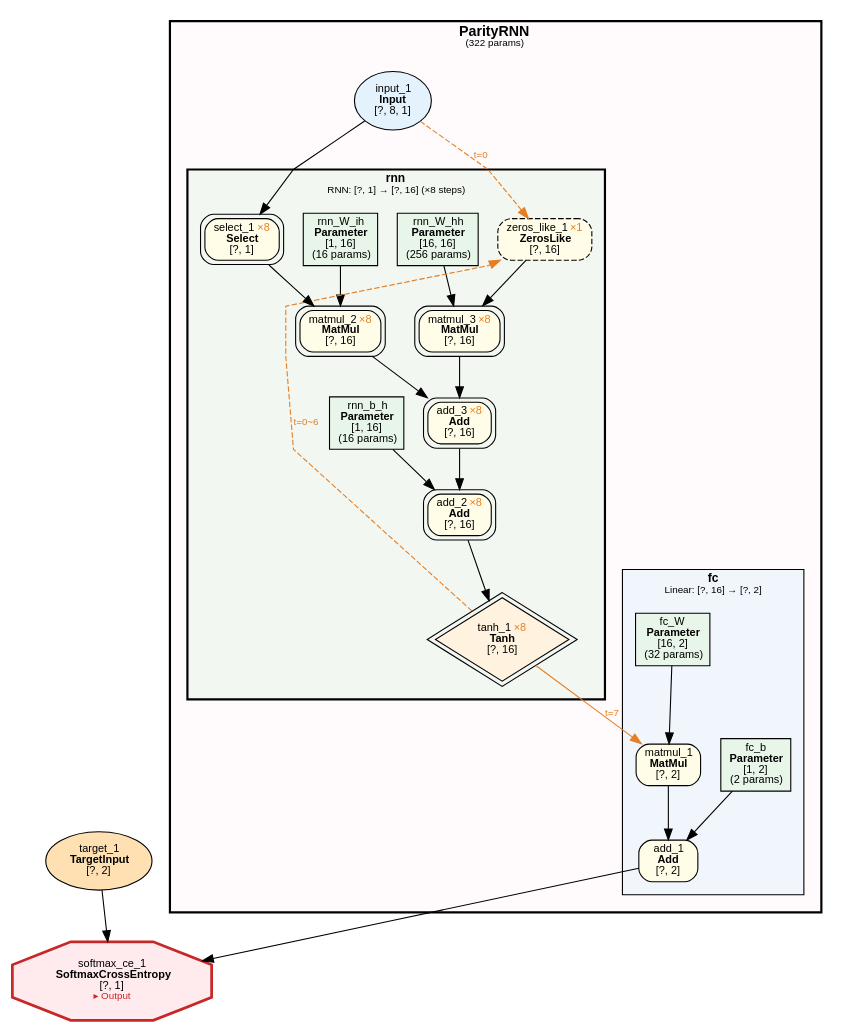
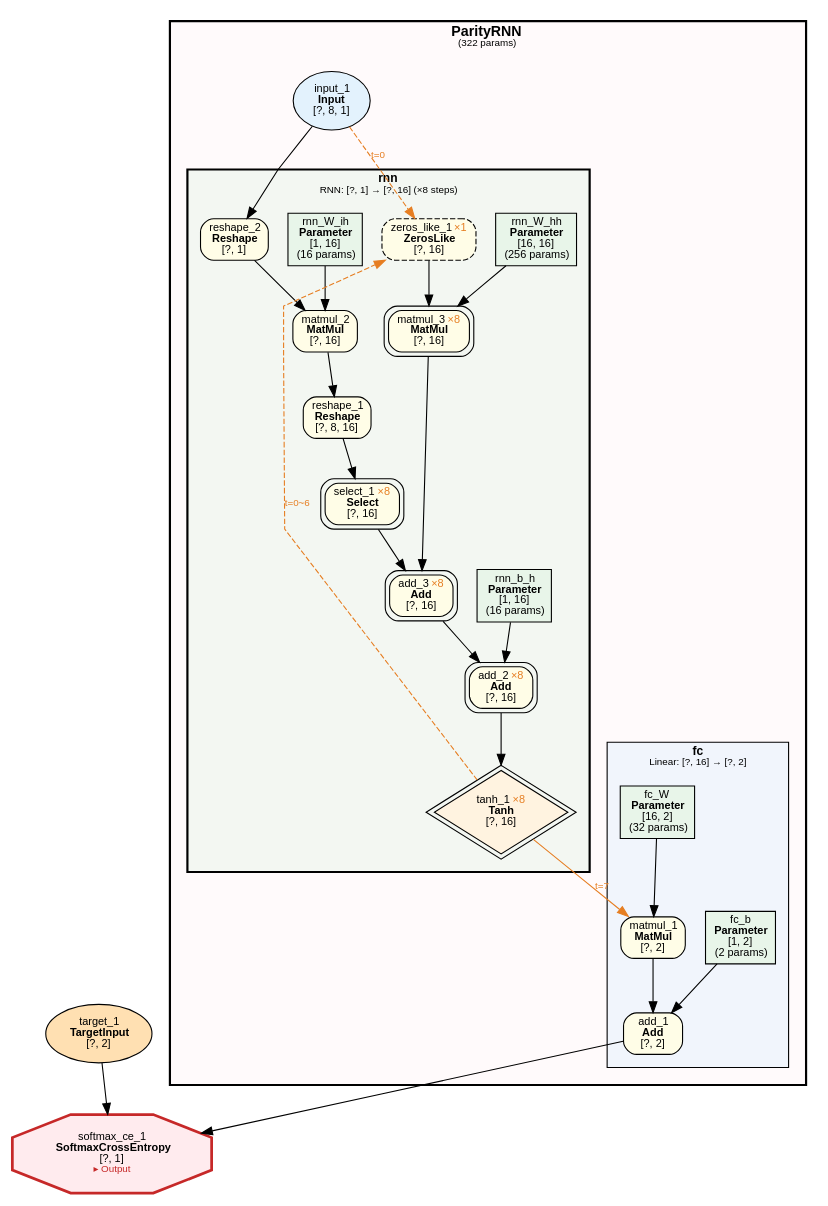
One commit to dbsxdbsx/only_torch changed the diagram in examples/traditional/parity_rnn_fixed_len/parity_rnn_fixed_len.dot. Above: the diagram before and after it, drawn with Graphviz. The commit also changed 8 other files, not shown here.

```diff
--- a/examples/traditional/parity_rnn_fixed_len/parity_rnn_fixed_len.dot
+++ b/examples/traditional/parity_rnn_fixed_len/parity_rnn_fixed_len.dot
@@ -1,74 +1,78 @@
 digraph ComputeGraph {
     rankdir=TB;
     newrank=true;
     splines=polyline;
     node [fontname="Microsoft YaHei,SimHei,Arial"];
     edge [fontname="Microsoft YaHei,SimHei,Arial"];
 
     subgraph cluster_model_ParityRNN {
         label=<<B>ParityRNN</B><BR/><FONT POINT-SIZE="9">(322 params)</FONT>>;
         style="filled,bold";
         fillcolor="#FFEBEE40";
         fontname="Microsoft YaHei,SimHei,Arial";
         fontsize=13;
         margin=16;
 
         subgraph cluster_ParityRNN_fc {
             label=<<B>fc</B><BR/><FONT POINT-SIZE="9">Linear: [?, 16] → [?, 2]</FONT>>;
             style=filled;
             fillcolor="#E3F2FD80";
             fontname="Microsoft YaHei,SimHei,Arial";
             fontsize=11;
             margin=12;
                 "2" [label=<add_1<BR/><B>Add</B><BR/>[?, 2]> shape=box style="filled,rounded" fillcolor="#FFFDE7" fontsize=10];
                 "4" [label=<matmul_1<BR/><B>MatMul</B><BR/>[?, 2]> shape=box style="filled,rounded" fillcolor="#FFFDE7" fontsize=10];
                 "5" [label=<fc_b<BR/><B>Parameter</B><BR/>[1, 2]<BR/>(2 params)> shape=box style=filled fillcolor="#E8F5E9" fontsize=10];
                 "6" [label=<fc_W<BR/><B>Parameter</B><BR/>[16, 2]<BR/>(32 params)> shape=box style=filled fillcolor="#E8F5E9" fontsize=10];
         }
 
         subgraph cluster_ParityRNN_rnn {
             label=<<B>rnn</B><BR/><FONT POINT-SIZE="9">RNN: [?, 1] → [?, 16] (×8 steps)</FONT>>;
             style="filled,bold";
             peripheries=3;
             penwidth=2;
             fillcolor="#E8F5E980";
             fontname="Microsoft YaHei,SimHei,Arial";
             fontsize=11;
             margin=12;
                 "7" [label=<rnn_b_h<BR/><B>Parameter</B><BR/>[1, 16]<BR/>(16 params)> shape=box style=filled fillcolor="#E8F5E9" fontsize=10];
-                "8" [label=<rnn_W_ih<BR/><B>Parameter</B><BR/>[1, 16]<BR/>(16 params)> shape=box style=filled fillcolor="#E8F5E9" fontsize=10];
+                "8" [label=<reshape_1<BR/><B>Reshape</B><BR/>[?, 8, 16]> shape=box style="filled,rounded" fillcolor="#FFFDE7" fontsize=10];
                 "9" [label=<rnn_W_hh<BR/><B>Parameter</B><BR/>[16, 16]<BR/>(256 params)> shape=box style=filled fillcolor="#E8F5E9" fontsize=10];
-                "11" [label=<tanh_1 <FONT COLOR="#E67E22">×8</FONT><BR/><B>Tanh</B><BR/>[?, 16]> shape=diamond style=filled fillcolor="#FFF3E0" fontsize=10 peripheries=2];
-                "12" [label=<add_2 <FONT COLOR="#E67E22">×8</FONT><BR/><B>Add</B><BR/>[?, 16]> shape=box style="filled,rounded" fillcolor="#FFFDE7" fontsize=10 peripheries=2];
-                "13" [label=<add_3 <FONT COLOR="#E67E22">×8</FONT><BR/><B>Add</B><BR/>[?, 16]> shape=box style="filled,rounded" fillcolor="#FFFDE7" fontsize=10 peripheries=2];
-                "14" [label=<matmul_2 <FONT COLOR="#E67E22">×8</FONT><BR/><B>MatMul</B><BR/>[?, 16]> shape=box style="filled,rounded" fillcolor="#FFFDE7" fontsize=10 peripheries=2];
-                "15" [label=<matmul_3 <FONT COLOR="#E67E22">×8</FONT><BR/><B>MatMul</B><BR/>[?, 16]> shape=box style="filled,rounded" fillcolor="#FFFDE7" fontsize=10 peripheries=2];
-                "16" [label=<select_1 <FONT COLOR="#E67E22">×8</FONT><BR/><B>Select</B><BR/>[?, 1]> shape=box style="filled,rounded" fillcolor="#FFFDE7" fontsize=10 peripheries=2];
-                "17" [label=<zeros_like_1 <FONT COLOR="#E67E22">×1</FONT><BR/><B>ZerosLike</B><BR/>[?, 16]> shape=box style="filled,rounded,dashed" fillcolor="#FFFDE7" fontsize=10];
+                "10" [label=<matmul_2<BR/><B>MatMul</B><BR/>[?, 16]> shape=box style="filled,rounded" fillcolor="#FFFDE7" fontsize=10];
+                "11" [label=<reshape_2<BR/><B>Reshape</B><BR/>[?, 1]> shape=box style="filled,rounded" fillcolor="#FFFDE7" fontsize=10];
+                "12" [label=<rnn_W_ih<BR/><B>Parameter</B><BR/>[1, 16]<BR/>(16 params)> shape=box style=filled fillcolor="#E8F5E9" fontsize=10];
+                "14" [label=<tanh_1 <FONT COLOR="#E67E22">×8</FONT><BR/><B>Tanh</B><BR/>[?, 16]> shape=diamond style=filled fillcolor="#FFF3E0" fontsize=10 peripheries=2];
+                "15" [label=<add_2 <FONT COLOR="#E67E22">×8</FONT><BR/><B>Add</B><BR/>[?, 16]> shape=box style="filled,rounded" fillcolor="#FFFDE7" fontsize=10 peripheries=2];
+                "16" [label=<add_3 <FONT COLOR="#E67E22">×8</FONT><BR/><B>Add</B><BR/>[?, 16]> shape=box style="filled,rounded" fillcolor="#FFFDE7" fontsize=10 peripheries=2];
+                "17" [label=<select_1 <FONT COLOR="#E67E22">×8</FONT><BR/><B>Select</B><BR/>[?, 16]> shape=box style="filled,rounded" fillcolor="#FFFDE7" fontsize=10 peripheries=2];
+                "18" [label=<matmul_3 <FONT COLOR="#E67E22">×8</FONT><BR/><B>MatMul</B><BR/>[?, 16]> shape=box style="filled,rounded" fillcolor="#FFFDE7" fontsize=10 peripheries=2];
+                "19" [label=<zeros_like_1 <FONT COLOR="#E67E22">×1</FONT><BR/><B>ZerosLike</B><BR/>[?, 16]> shape=box style="filled,rounded,dashed" fillcolor="#FFFDE7" fontsize=10];
         }
 
-        "10" [label=<input_1<BR/><B>Input</B><BR/>[?, 8, 1]> shape=ellipse style=filled fillcolor="#E3F2FD" fontsize=10];
+        "13" [label=<input_1<BR/><B>Input</B><BR/>[?, 8, 1]> shape=ellipse style=filled fillcolor="#E3F2FD" fontsize=10];
     }
 
     "1" [label=<softmax_ce_1<BR/><B>SoftmaxCrossEntropy</B><BR/>[?, 1]<BR/><FONT COLOR="#C62828" POINT-SIZE="9">▸ Output</FONT>> shape=octagon style=filled fillcolor="#FFEBEE" fontsize=10 penwidth=2.5 color="#C62828"];
     "3" [label=<target_1<BR/><B>TargetInput</B><BR/>[?, 2]> shape=ellipse style=filled fillcolor="#FFE0B2" fontsize=10];
 
     "2" -> "1";
     "3" -> "1";
     "4" -> "2";
     "5" -> "2";
-    "11" -> "4" [ color="#E67E22" label=<t=7> fontcolor="#E67E22" fontsize=9];
+    "14" -> "4" [ color="#E67E22" label=<t=7> fontcolor="#E67E22" fontsize=9];
     "6" -> "4";
-    "12" -> "11";
-    "13" -> "12";
-    "7" -> "12";
-    "14" -> "13";
-    "15" -> "13";
-    "16" -> "14";
-    "8" -> "14";
-    "17" -> "15";
-    "9" -> "15";
-    "10" -> "16";
-    "10" -> "17" [ style=dashed color="#E67E22" label=<t=0> fontcolor="#E67E22" fontsize=9];
-    "11" -> "17" [style=dashed color="#E67E22" label=<t=0~6> fontcolor="#E67E22" fontsize=9 constraint=false];
+    "10" -> "8";
+    "11" -> "10";
+    "12" -> "10";
+    "13" -> "11";
+    "15" -> "14";
+    "16" -> "15";
+    "7" -> "15";
+    "17" -> "16";
+    "18" -> "16";
+    "8" -> "17";
+    "19" -> "18";
+    "9" -> "18";
+    "13" -> "19" [ style=dashed color="#E67E22" label=<t=0> fontcolor="#E67E22" fontsize=9];
+    "14" -> "19" [style=dashed color="#E67E22" label=<t=0~6> fontcolor="#E67E22" fontsize=9 constraint=false];
 }
```
